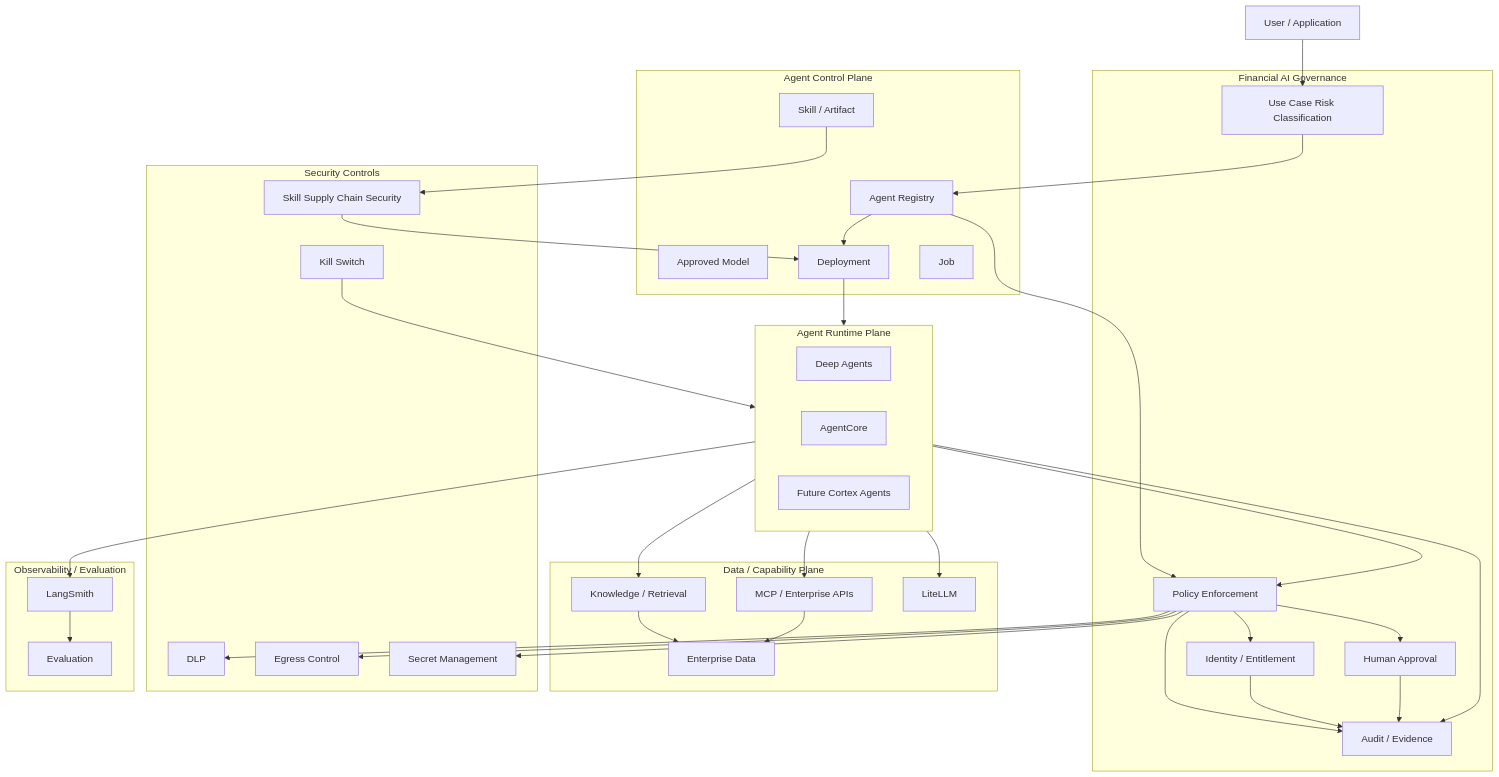
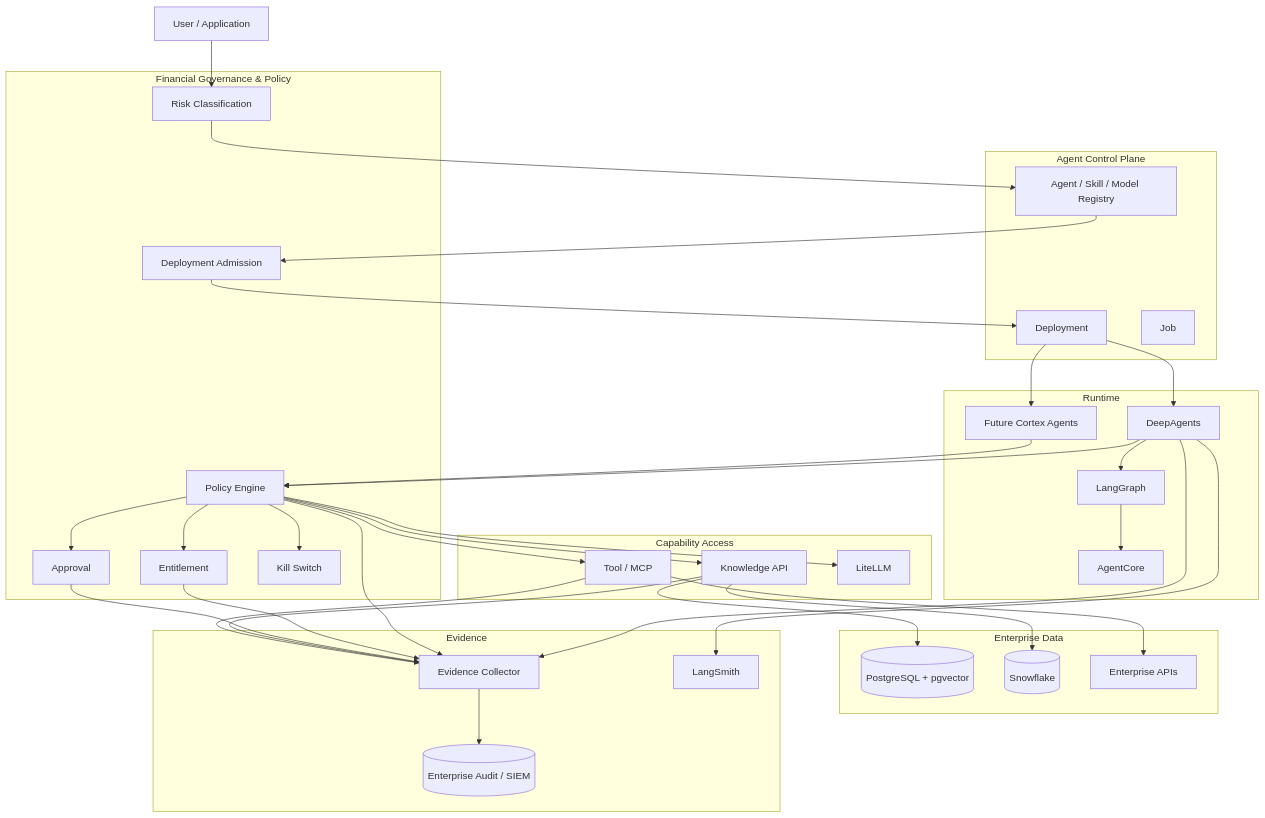
Before and after one commit to devweekly/devweekly.github.io: the seventh of 8 diagrams in temp/agent研究.md, drawn with Mermaid. The commit also changed other lines of this file and 1 other file, not shown here.

````diff
--- a/temp/agent研究.md
+++ b/temp/agent研究.md
@@ -3079,82 +3969,80 @@
 ```mermaid
 flowchart TB
 
     USER[User / Application]
 
-    subgraph GOV["Financial AI Governance"]
-        RISK[Use Case Risk Classification]
-        POL[Policy Enforcement]
-        IAM[Identity / Entitlement]
-        APPROVAL[Human Approval]
-        AUDIT[Audit / Evidence]
+    subgraph GOVERN["Financial Governance & Policy"]
+        RC[Risk Classification]
+        ADM[Deployment Admission]
+        POL[Policy Engine]
+        ENT[Entitlement]
+        APR[Approval]
+        KILL[Kill Switch]
     end
 
-    subgraph CP["Agent Control Plane"]
-        AGENT[Agent Registry]
-        SKILL[Skill / Artifact]
-        MODEL[Approved Model]
-        DEPLOY[Deployment]
+    subgraph CONTROL["Agent Control Plane"]
+        REG[Agent / Skill / Model Registry]
+        DEP[Deployment]
         JOB[Job]
     end
 
-    subgraph RT["Agent Runtime Plane"]
-        DA[Deep Agents]
+    subgraph RUNTIME["Runtime"]
+        DA[DeepAgents]
+        LG[LangGraph]
         AC[AgentCore]
         CA[Future Cortex Agents]
     end
 
-    subgraph DATA["Data / Capability Plane"]
-        RET[Knowledge / Retrieval]
-        MCP[MCP / Enterprise APIs]
+    subgraph ACCESS["Capability Access"]
+        RET[Knowledge API]
+        MCP[Tool / MCP]
         LLM[LiteLLM]
-        ENT[Enterprise Data]
     end
 
-    subgraph SEC["Security Controls"]
-        DLP[DLP]
-        EGRESS[Egress Control]
-        SECRETS[Secret Management]
-        SCAN[Skill Supply Chain Security]
-        KILL[Kill Switch]
+    subgraph DATA["Enterprise Data"]
+        PG[(PostgreSQL + pgvector)]
+        SF[(Snowflake)]
+        EXT[Enterprise APIs]
     end
 
-    subgraph OBS["Observability / Evaluation"]
+    subgraph EVIDENCE["Evidence"]
+        EC[Evidence Collector]
+        AUDIT[(Enterprise Audit / SIEM)]
         LS[LangSmith]
-        EVAL[Evaluation]
     end
 
-    USER --> RISK
-    RISK --> AGENT
+    USER --> RC
+    RC --> REG
+    REG --> ADM
+    ADM --> DEP
 
-    AGENT --> POL
-    POL --> IAM
-    POL --> APPROVAL
+    DEP --> DA
+    DA --> LG
+    LG --> AC
+    DEP --> CA
 
-    AGENT --> DEPLOY
-    DEPLOY --> RT
+    DA --> POL
+    CA --> POL
 
-    RT --> RET
-    RT --> MCP
-    RT --> LLM
+    POL --> ENT
+    POL --> RET
+    POL --> MCP
+    POL --> LLM
 
-    RET --> ENT
-    MCP --> ENT
+    RET --> PG
+    RET --> SF
+    MCP --> EXT
 
-    RT --> POL
-    POL --> DLP
-    POL --> EGRESS
-    POL --> SECRETS
+    POL --> APR
+    POL --> KILL
 
-    SKILL --> SCAN
-    SCAN --> DEPLOY
+    DA --> LS
+    DA --> EC
+    POL --> EC
+    ENT --> EC
+    APR --> EC
+    RET --> EC
+    MCP --> EC
 
-    RT --> LS
-    LS --> EVAL
-
-    RT --> AUDIT
-    POL --> AUDIT
-    IAM --> AUDIT
-    APPROVAL --> AUDIT
-
-    KILL --> RT
+    EC --> AUDIT
 ```
````
